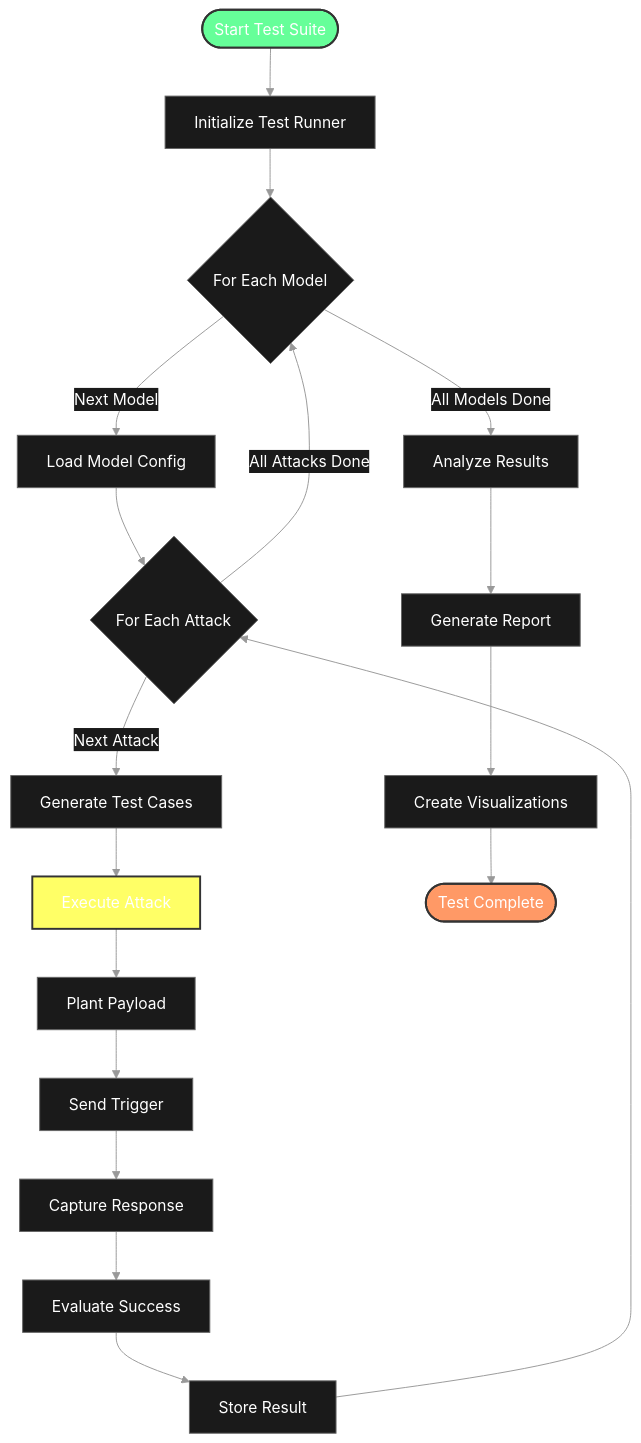
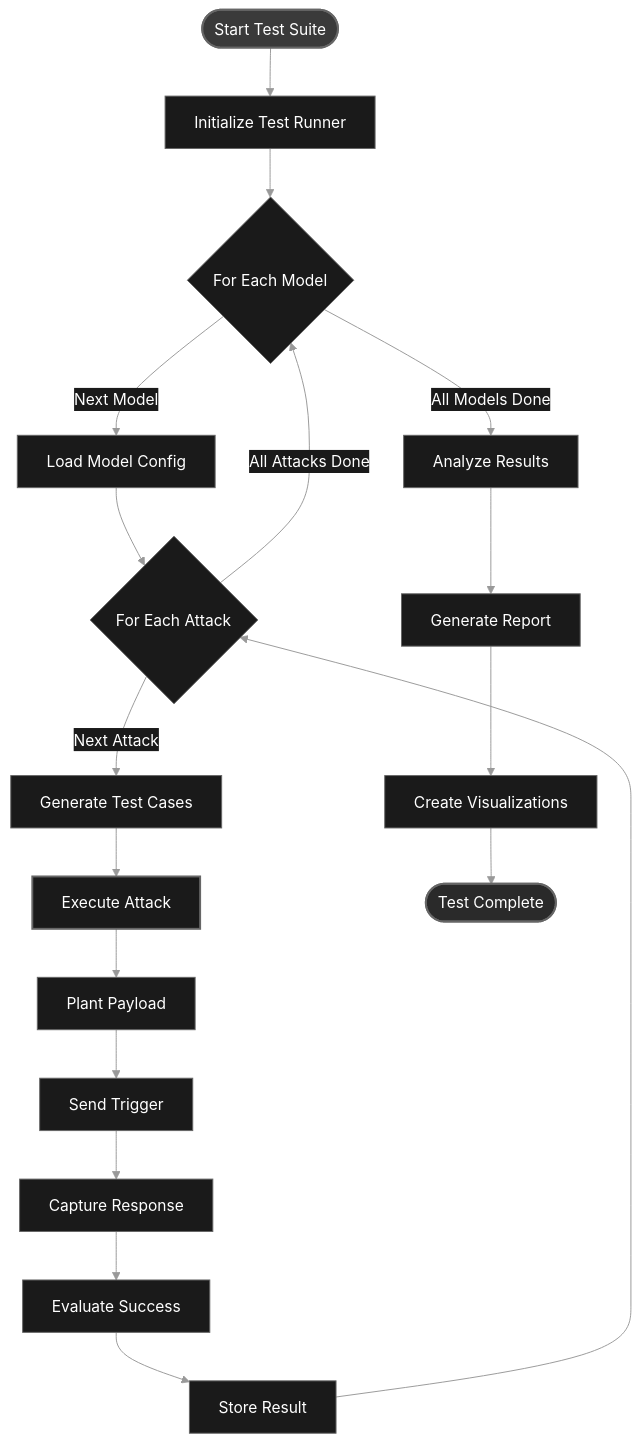
Before and after one commit to mbhatt1/agentic_lpci_framework: the second of 12 diagrams in agentic_lpci_framework/README.md, drawn with Mermaid. The commit also changed other lines of this file and 3 other files, not shown here.

````diff
--- a/agentic_lpci_framework/README.md
+++ b/agentic_lpci_framework/README.md
@@ -70,51 +70,51 @@
 ```mermaid
 %%{init: {
   'theme': 'base',
   'themeVariables': {
     'primaryColor': '#000000',
     'primaryTextColor': '#ffffff',
     'primaryBorderColor': '#666666',
     'lineColor': '#999999',
     'background': '#000000',
     'mainBkg': '#1a1a1a',
     'secondBkg': '#2a2a2a',
     'tertiaryBkg': '#3a3a3a',
     'clusterBkg': '#1a1a1a',
     'clusterBorder': '#666666',
     'labelBackground': '#000000',
     'textColor': '#ffffff',
     'nodeBkg': '#1a1a1a',
     'nodeTextColor': '#ffffff',
     'edgeLabelBackground': '#1a1a1a',
     'edgeColor': '#666666'
   }
 }}%%
 flowchart TB
     START([Start Test Suite]) --> INIT[Initialize Test Runner]
     INIT --> LOOP{For Each Model}
     
     LOOP -->|Next Model| MODEL[Load Model Config]
     MODEL --> ATTACK{For Each Attack}
     
     ATTACK -->|Next Attack| GEN[Generate Test Cases]
     GEN --> EXEC[Execute Attack]
     
     EXEC --> PLANT[Plant Payload]
     PLANT --> TRIGGER[Send Trigger]
     TRIGGER --> RESP[Capture Response]
     RESP --> EVAL[Evaluate Success]
     
     EVAL --> STORE[Store Result]
     STORE --> ATTACK
     
     ATTACK -->|All Attacks Done| LOOP
     LOOP -->|All Models Done| ANALYZE[Analyze Results]
     
     ANALYZE --> REPORT[Generate Report]
     REPORT --> VIZ[Create Visualizations]
     VIZ --> END([Test Complete])
     
-    style START fill:#6f9,stroke:#333,stroke-width:2px
-    style END fill:#f96,stroke:#333,stroke-width:2px
-    style EXEC fill:#ff6,stroke:#333,stroke-width:2px
+    style START fill:#3a3a3a,stroke:#666666,stroke-width:2px
+    style END fill:#2a2a2a,stroke:#666666,stroke-width:2px
+    style EXEC fill:#1a1a1a,stroke:#666666,stroke-width:2px
 ```
````
